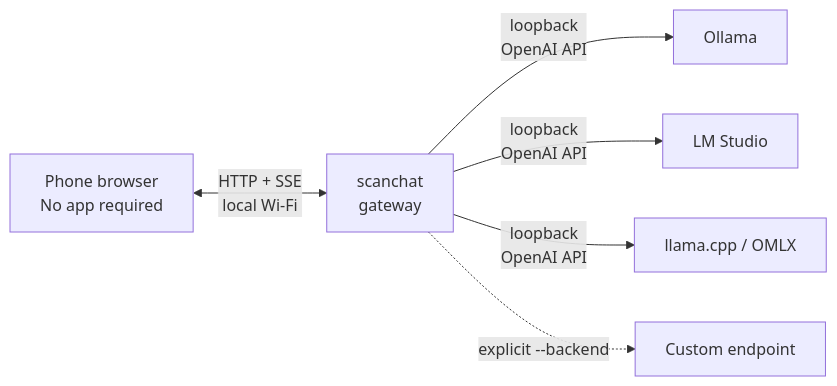
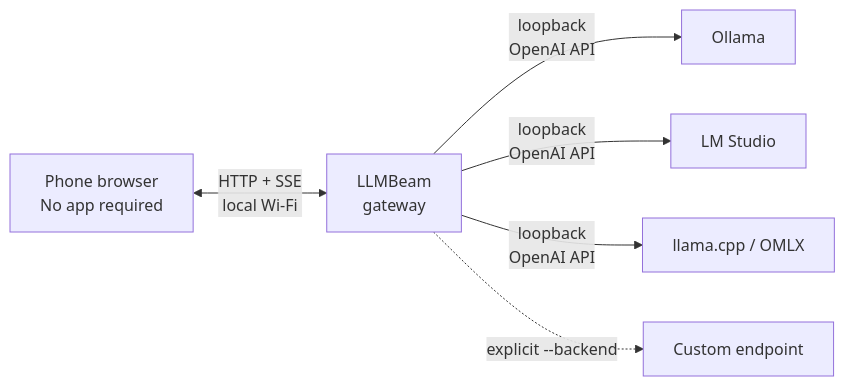
One commit to llmbeam/llmbeam changed the diagram in README.md. Above: the diagram before and after it, drawn with Mermaid. The commit also changed other lines of this file and 30 other files, not shown here.

````diff
--- a/README.md
+++ b/README.md
@@ -134,8 +134,8 @@
 ```mermaid
 flowchart LR
-    P["Phone browser<br/>No app required"] <-->|"HTTP + SSE<br/>local Wi-Fi"| G["scanchat<br/>gateway"]
+    P["Phone browser<br/>No app required"] <-->|"HTTP + SSE<br/>local Wi-Fi"| G["LLMBeam<br/>gateway"]
     G -->|"loopback<br/>OpenAI API"| O[Ollama]
     G -->|"loopback<br/>OpenAI API"| L[LM Studio]
     G -->|"loopback<br/>OpenAI API"| C[llama.cpp / OMLX]
     G -.->|"explicit --backend"| X[Custom endpoint]
 ```
````
